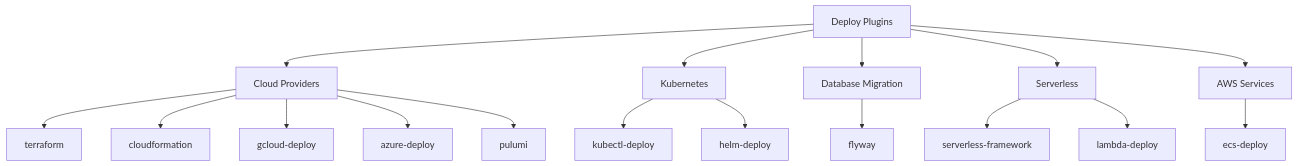
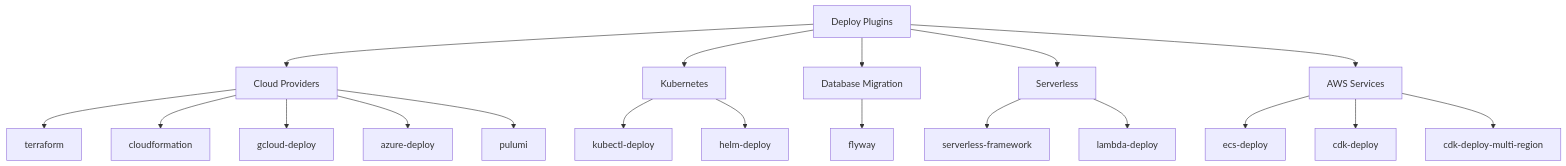
Before and after one commit to mwashburn160/pipeline-builder: the first of 2 diagrams in docs/plugins/deploy.md, drawn with Mermaid. The commit also changed other lines of this file and 7 other files, not shown here.

````diff
--- a/docs/plugins/deploy.md
+++ b/docs/plugins/deploy.md
@@ -5,15 +5,15 @@
 ```mermaid
 flowchart TB
     Deploy[Deploy Plugins]
     Deploy --> Cloud[Cloud Providers]
     Deploy --> K8s[Kubernetes]
     Deploy --> DB[Database Migration]
     Deploy --> Serverless[Serverless]
     Deploy --> AWS[AWS Services]
 
     Cloud --> terraform & cloudformation & gcloud-deploy & azure-deploy & pulumi
     K8s --> kubectl-deploy & helm-deploy
     DB --> flyway
     Serverless --> serverless-framework & lambda-deploy
-    AWS --> ecs-deploy
+    AWS --> ecs-deploy & cdk-deploy & cdk-deploy-multi-region
 ```
````
